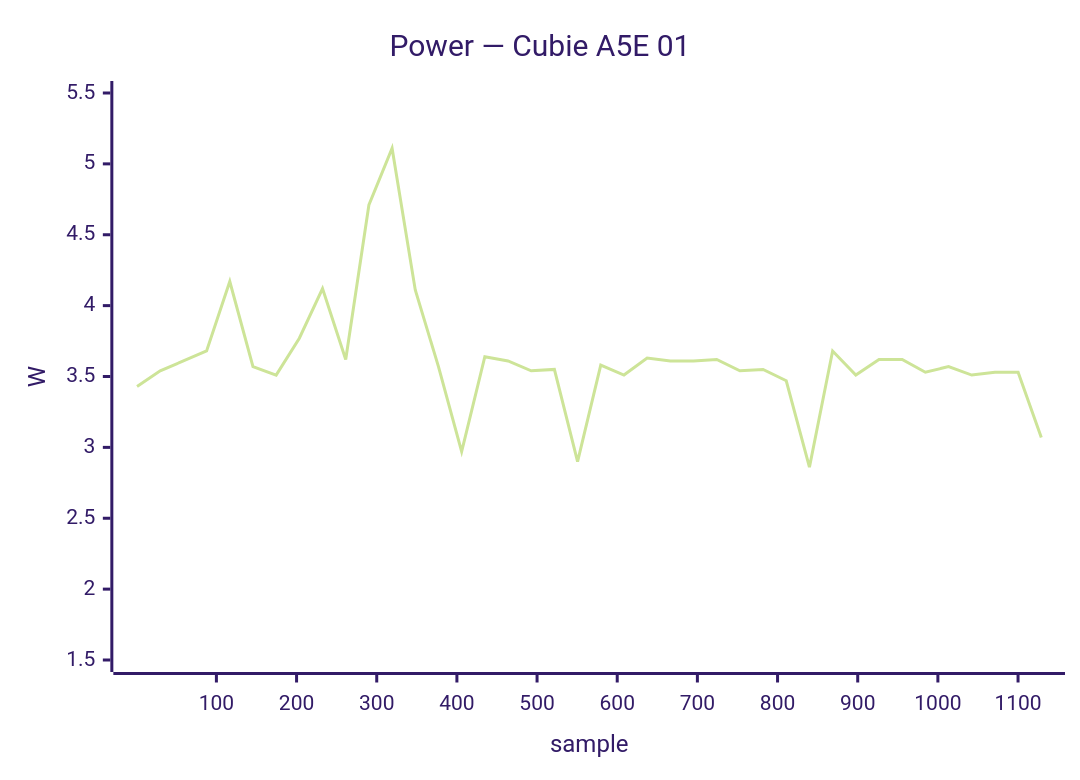
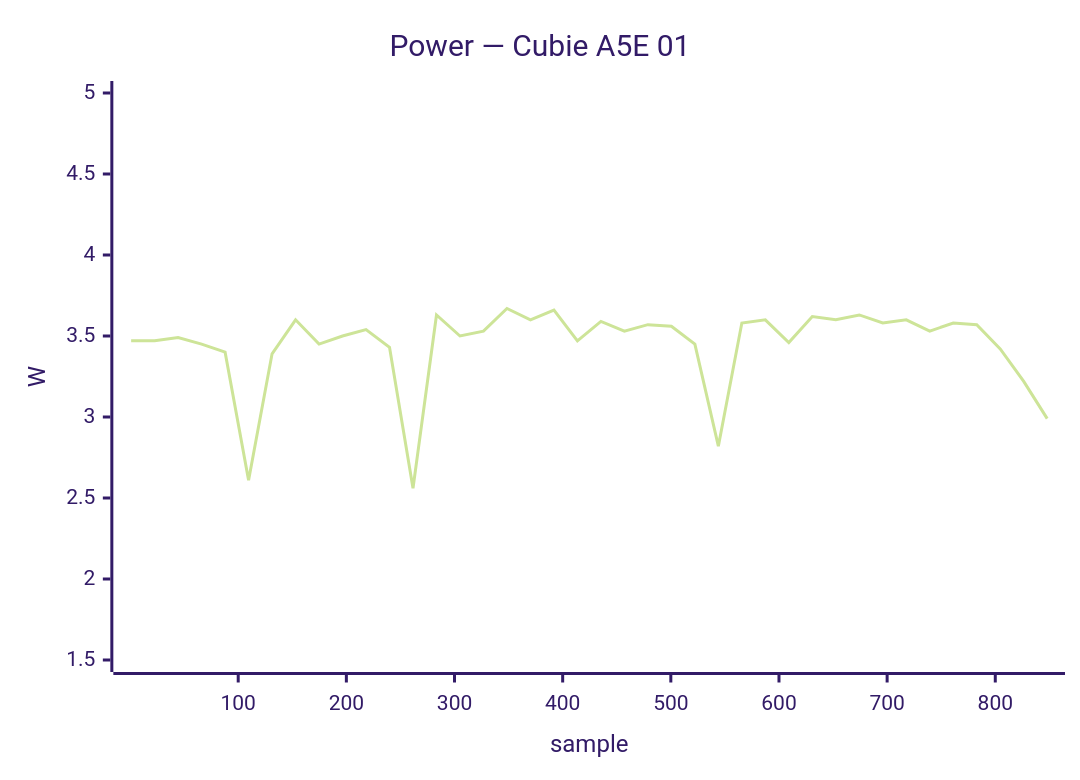
The fourth of 24 diagrams in docs/status/board-tests.md (armbian/documentation), drawn with Mermaid (forest theme) before and after one commit. The commit also changed other lines of this file, not shown here.

````diff
--- a/docs/status/board-tests.md
+++ b/docs/status/board-tests.md
@@ -220,7 +213,7 @@
     ```mermaid
     xychart-beta
         title "Power — Cubie A5E 01"
-        x-axis "sample" 1 --> 1129
-        y-axis "W" 1.5 --> 5.5
-        line [3.43, 3.54, 3.61, 3.68, 4.17, 3.57, 3.51, 3.77, 4.12, 3.62, 4.71, 5.11, 4.11, 3.57, 2.97, 3.64, 3.61, 3.54, 3.55, 2.90, 3.58, 3.51, 3.63, 3.61, 3.61, 3.62, 3.54, 3.55, 3.47, 2.86, 3.68, 3.51, 3.62, 3.62, 3.53, 3.57, 3.51, 3.53, 3.53, 3.07]
+        x-axis "sample" 1 --> 848
+        y-axis "W" 1.5 --> 5.0
+        line [3.47, 3.47, 3.49, 3.45, 3.40, 2.61, 3.39, 3.60, 3.45, 3.50, 3.54, 3.43, 2.56, 3.63, 3.50, 3.53, 3.67, 3.60, 3.66, 3.47, 3.59, 3.53, 3.57, 3.56, 3.45, 2.82, 3.58, 3.60, 3.46, 3.62, 3.60, 3.63, 3.58, 3.60, 3.53, 3.58, 3.57, 3.42, 3.22, 2.99]
     ```
````
